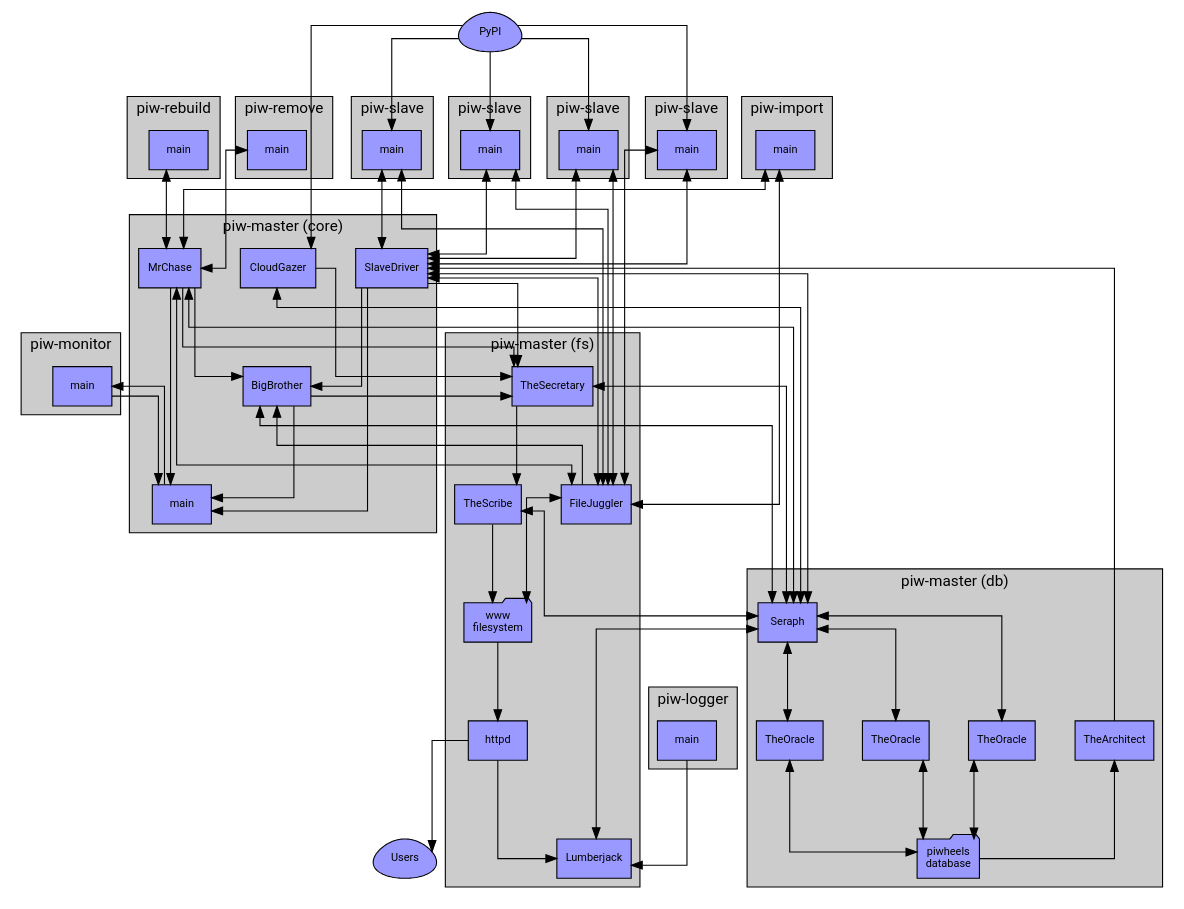
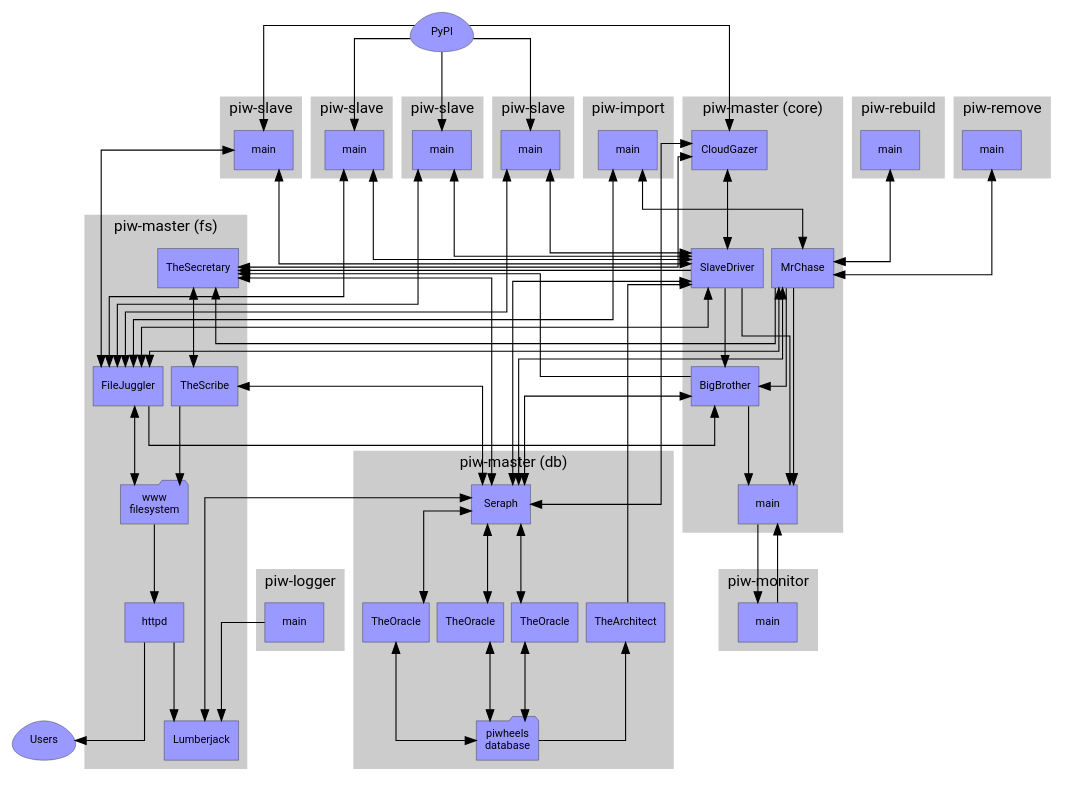
Before and after one commit to piwheels/piwheels: the diagram in docs/images/master_arch.dot, drawn with Graphviz.

Commit message:
Update the architectural diagram
Add the new bi-directional links for the cloud-gazer links for deletion
support

```diff
--- a/docs/images/master_arch.dot
+++ b/docs/images/master_arch.dot
@@ -1,144 +1,145 @@
 digraph piwheels {
-    graph [splines=ortho, nodesep=0.5, ranksep=1, style=filled, fontname=Roboto, fontsize=14, fillcolor="#cccccc"];
-    node [shape=rect, fontname=Roboto, fontsize=10, style=filled, fillcolor="#9999ff", penwidth=1];
+    graph [splines=ortho, nodesep=0.1, ranksep=1, style=filled, fontname=Roboto, fontsize=14, fillcolor="#cccccc", penwidth=0];
+    node [shape=rect, fontname=Roboto, fontsize=10, style=filled, fillcolor="#9999ff", penwidth=0.3];
     edge [fontname=Sans, fontsize=8];
 
     PyPI [label="PyPI", shape=egg];
     Users [label="Users", shape=egg];
 
     subgraph cluster_db_server {
         graph [label="piw-master (db)"];
 
         TheOracle1 [label="TheOracle"];
         TheOracle2 [label="TheOracle"];
         TheOracle3 [label="TheOracle"];
         TheArchitect;
         Seraph;
         db [label="piwheels\ndatabase", shape=folder];
 
         Seraph->TheOracle1 [dir=both];
         Seraph->TheOracle2 [dir=both];
         Seraph->TheOracle3 [dir=both];
         TheOracle1->db [dir=both];
         TheOracle2->db [dir=both];
         TheOracle3->db [dir=both];
         TheArchitect->db [dir=back];
     }
 
     subgraph cluster_file_server {
         graph [label="piw-master (fs)"];
 
         TheSecretary;
         TheScribe;
         FileJuggler;
         Lumberjack;
         fs [label="www\nfilesystem", shape=folder];
         httpd;
 
-        TheSecretary->TheScribe;
+        TheSecretary->TheScribe [dir=both];
         TheScribe->fs;
         FileJuggler->fs [dir=both];
         fs->httpd;
         httpd->Lumberjack;
     }
 
     subgraph cluster_master {
         graph [label="piw-master (core)"];
 
         CloudGazer;
         main;
         MrChase;
         SlaveDriver;
         BigBrother;
 
         BigBrother->main;
         SlaveDriver->main;
         MrChase->main;
         MrChase->TheSecretary;
     }
 
     subgraph cluster_monitor {
         graph [label="piw-monitor"];
         monitor [label="main"];
     }
 
     subgraph cluster_slave1 {
         graph [label="piw-slave"];
         Slave1 [label="main"];
     }
 
     subgraph cluster_slave2 {
         graph [label="piw-slave"];
         Slave2 [label="main"];
     }
 
     subgraph cluster_slave3 {
         graph [label="piw-slave"];
         Slave3 [label="main"];
     }
 
     subgraph cluster_slave4 {
         graph [label="piw-slave"];
         Slave4 [label="main"];
     }
 
     subgraph cluster_import {
         graph [label="piw-import"];
         Importer [label="main"];
     }
 
     subgraph cluster_rebuild {
         graph [label="piw-rebuild"];
         Rebuild [label="main"];
     }
 
     subgraph cluster_remove {
         graph [label="piw-remove"];
         Remove [label="main"];
     }
 
     subgraph cluster_logger {
         graph [label="piw-logger"];
         Logger [label="main"];
     }
 
 
     PyPI->CloudGazer;
     PyPI->Slave1;
     PyPI->Slave2;
     PyPI->Slave3;
     PyPI->Slave4;
     Slave1->SlaveDriver [dir=both];
     Slave2->SlaveDriver [dir=both];
     Slave3->SlaveDriver [dir=both];
     Slave4->SlaveDriver [dir=both];
     Slave1->FileJuggler [dir=both];
     Slave2->FileJuggler [dir=both];
     Slave3->FileJuggler [dir=both];
     Slave4->FileJuggler [dir=both];
     Importer->MrChase [dir=both];
     Importer->FileJuggler [dir=both];
     Rebuild->MrChase [dir=both];
     Remove->MrChase [dir=both];
     Logger->Lumberjack;
     main->monitor;
     monitor->main;
 
+    CloudGazer->SlaveDriver [dir=both];
     CloudGazer->Seraph [dir=both];
-    CloudGazer->TheSecretary;
+    CloudGazer->TheSecretary [dir=both];
     BigBrother->TheSecretary;
     SlaveDriver->TheSecretary;
     SlaveDriver->BigBrother;
     FileJuggler->BigBrother;
     TheSecretary->Seraph [dir=both];
     TheScribe->Seraph [dir=both];
     BigBrother->Seraph [dir=both];
     SlaveDriver->FileJuggler [dir=both];
     SlaveDriver->Seraph [dir=both];
     TheArchitect->SlaveDriver;
     MrChase->FileJuggler [dir=both];
     MrChase->Seraph [dir=both];
     MrChase->BigBrother;
     Lumberjack->Seraph [dir=both];
     httpd->Users;
 }
```
